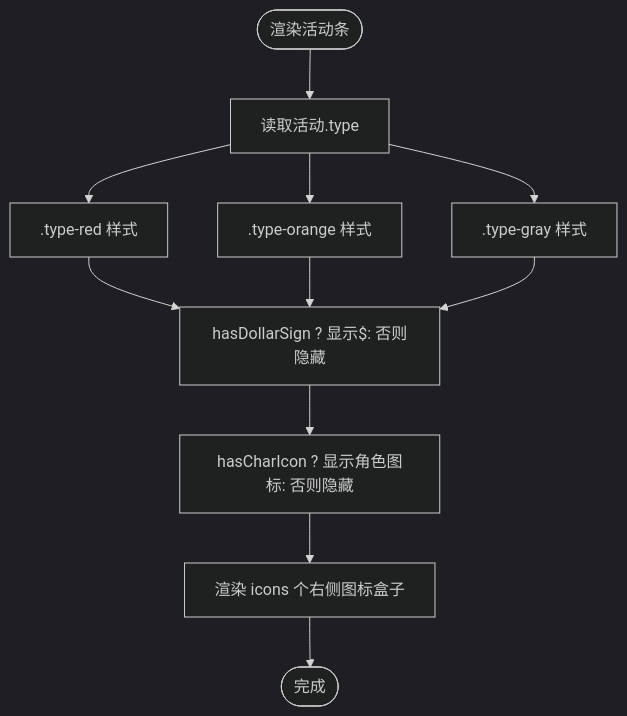
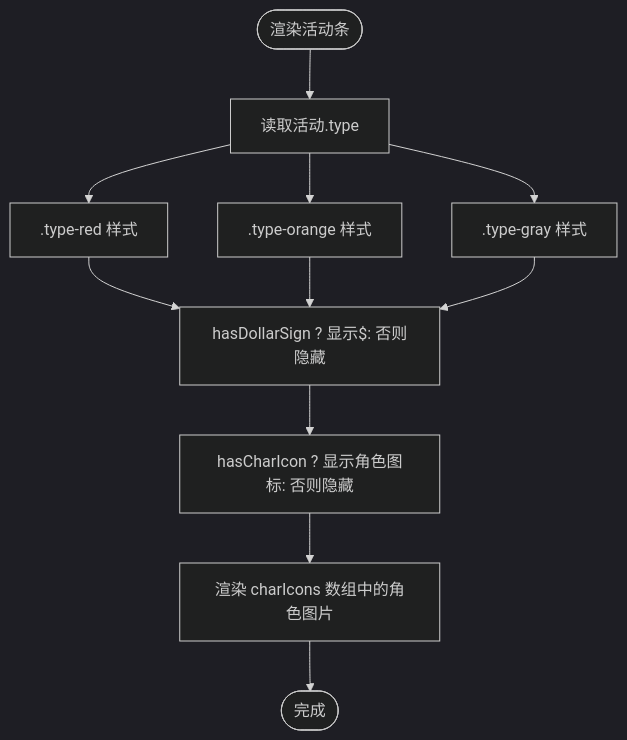
Before and after one commit to xuanyulingnfeg/gameCalendar: the fifth of 7 diagrams in .qoder/repowiki/zh/content/配置系统.md, drawn with Mermaid (dark theme). The commit also changed other lines of this file and 7 other files, not shown here.

````diff
--- a/.qoder/repowiki/zh/content/配置系统.md
+++ b/.qoder/repowiki/zh/content/配置系统.md
@@ -208,13 +243,13 @@
 ```mermaid
 flowchart TD
 Start(["渲染活动条"]) --> CheckType["读取活动.type"]
 CheckType --> Red[".type-red 样式"]
 CheckType --> Orange[".type-orange 样式"]
 CheckType --> Gray[".type-gray 样式"]
 Red --> Dollar["hasDollarSign ? 显示$: 否则隐藏"]
 Orange --> Dollar
 Gray --> Dollar
 Dollar --> Char["hasCharIcon ? 显示角色图标: 否则隐藏"]
-Char --> Icons["渲染 icons 个右侧图标盒子"]
+Char --> Icons["渲染 charIcons 数组中的角色图片"]
 Icons --> End(["完成"])
 ```
````
